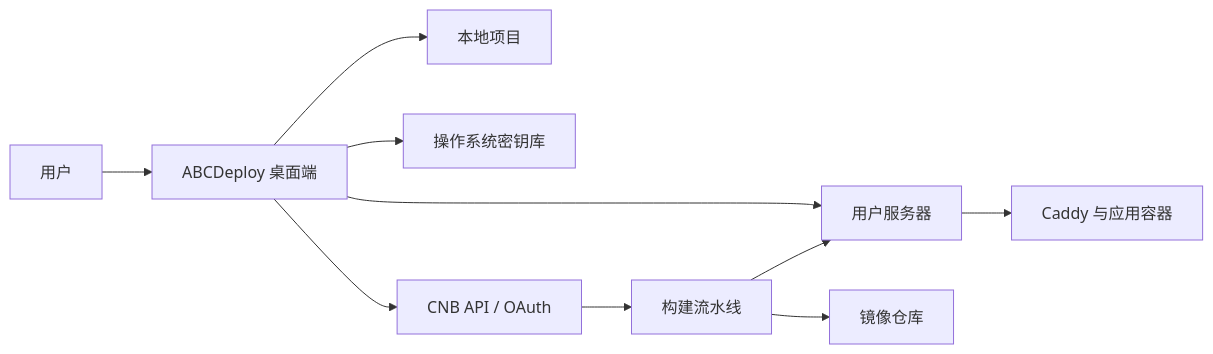
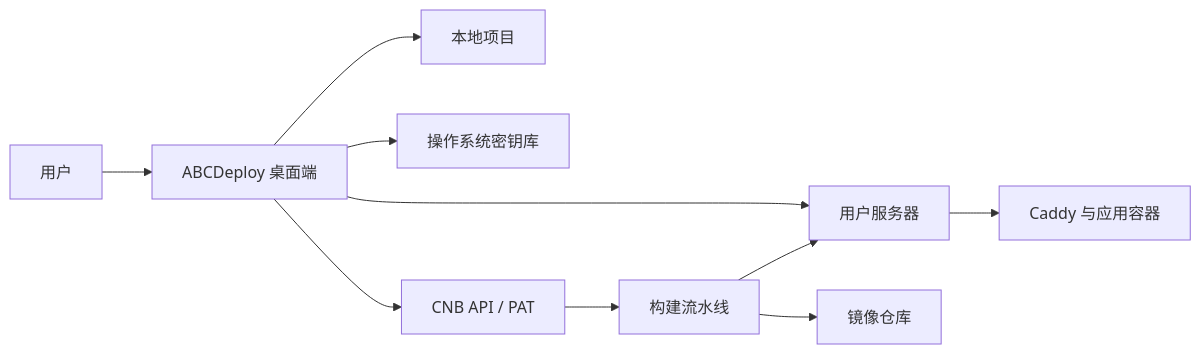
Before and after one commit to blacksco0920-dot/deploydesk: the diagram in docs/v2/architecture-decisions.md, drawn with Mermaid. The commit also changed other lines of this file and 75 other files, not shown here.

````diff
--- a/docs/v2/architecture-decisions.md
+++ b/docs/v2/architecture-decisions.md
@@ -20,12 +20,12 @@
 ```mermaid
 flowchart LR
     U["用户"] --> D["ABCDeploy 桌面端"]
     D --> P["本地项目"]
     D --> K["操作系统密钥库"]
-    D --> C["CNB API / OAuth"]
+    D --> C["CNB API / PAT"]
     D --> S["用户服务器"]
     C --> B["构建流水线"]
     B --> R["镜像仓库"]
     B --> S
     S --> Y["Caddy 与应用容器"]
 ```
````
